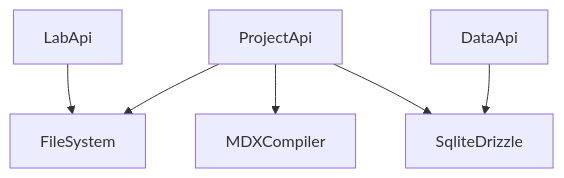
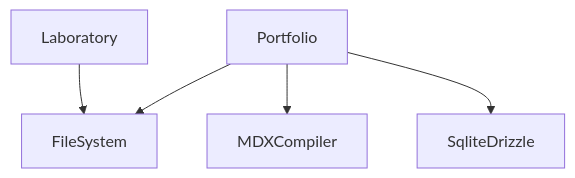
The second of 2 diagrams in src/app/labs/(content)/047-effect-service/page.mdx (lloydrichards/proj_portfolio-website), drawn with Mermaid before and after one commit. The commit also changed other lines of this file, not shown here.

Commit message:
docs(lab): :memo: correct service structure

````diff
--- a/src/app/labs/(content)/047-effect-service/page.mdx
+++ b/src/app/labs/(content)/047-effect-service/page.mdx
@@ -113,8 +113,7 @@
 ```mermaid
 graph TB
-  A[LabApi] --> D[FileSystem]
-  B[ProjectApi] --> D
+  A[Laboratory] --> D[FileSystem]
+  B[Portfolio] --> D
   B --> E[MDXCompiler]
   B --> F[SqliteDrizzle]
-  C[DataApi] --> F
 ```
````
